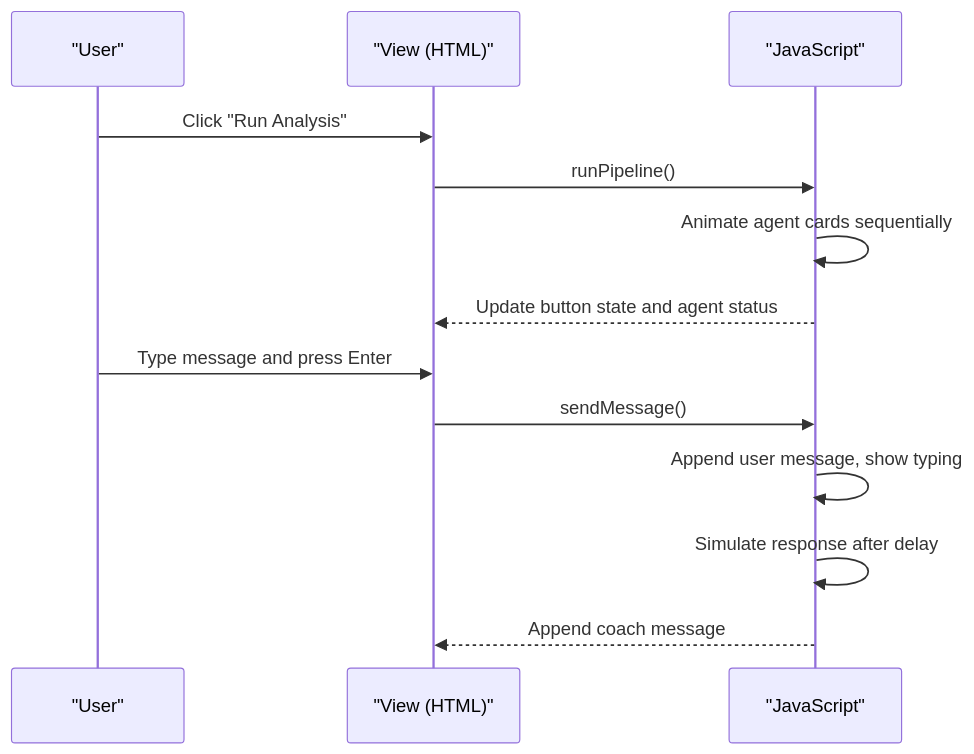
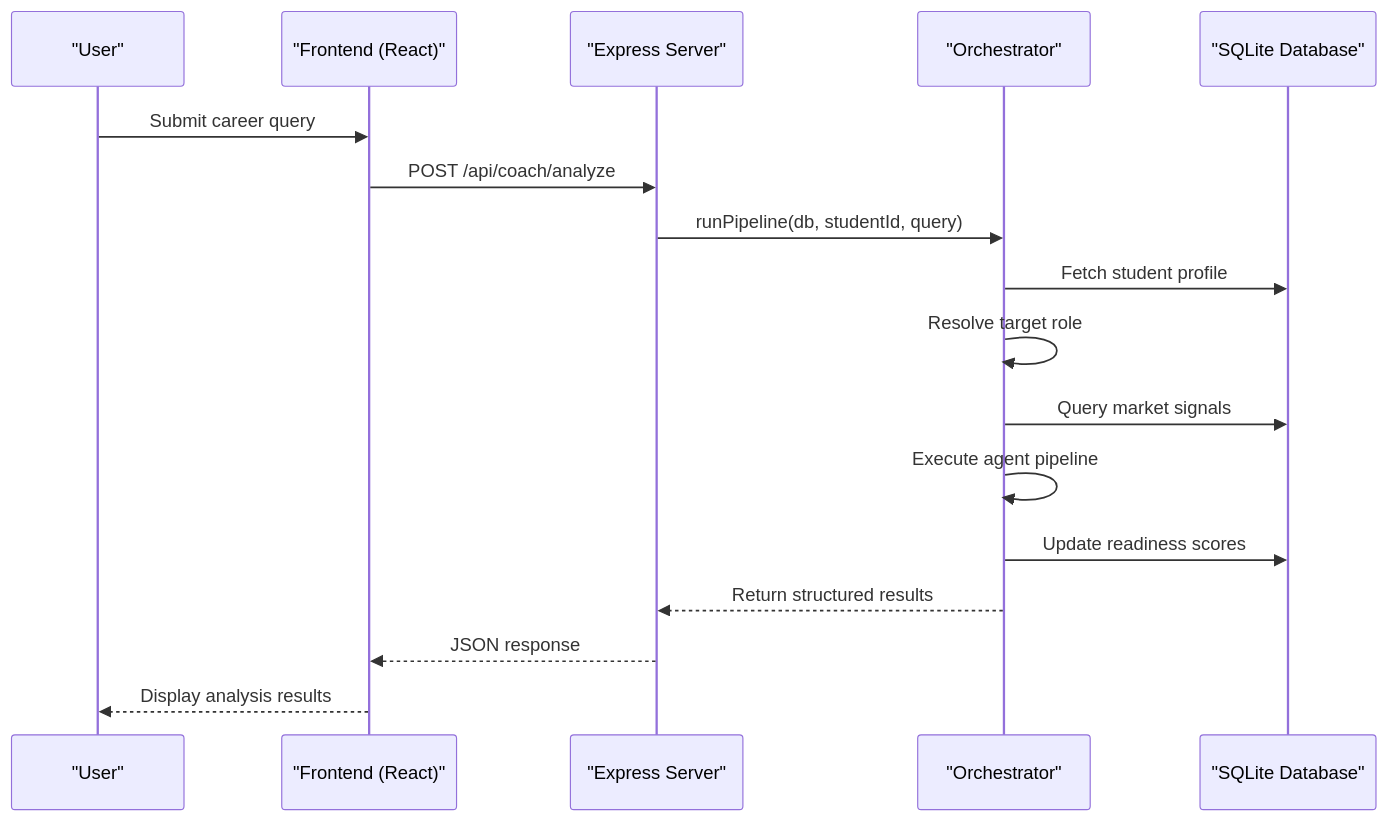
The second of 9 diagrams in .qoder/repowiki/en/content/Core Features/Core Features.md (Alishba-Moin/CareerCompass), drawn with Mermaid before and after one commit. The commit also changed other lines of this file and 38 other files, not shown here.

Commit message:
Add Roadmap pdf download option

````diff
--- a/.qoder/repowiki/en/content/Core Features/Core Features.md
+++ b/.qoder/repowiki/en/content/Core Features/Core Features.md
@@ -76,15 +93,19 @@
 ```mermaid
 sequenceDiagram
 participant U as "User"
-participant V as "View (HTML)"
-participant JS as "JavaScript"
-U->>V : Click "Run Analysis"
-V->>JS : runPipeline()
-JS->>JS : Animate agent cards sequentially
-JS-->>V : Update button state and agent status
-U->>V : Type message and press Enter
-V->>JS : sendMessage()
-JS->>JS : Append user message, show typing
-JS->>JS : Simulate response after delay
-JS-->>V : Append coach message
+participant F as "Frontend (React)"
+participant S as "Express Server"
+participant O as "Orchestrator"
+participant DB as "SQLite Database"
+U->>F : Submit career query
+F->>S : POST /api/coach/analyze
+S->>O : runPipeline(db, studentId, query)
+O->>DB : Fetch student profile
+O->>O : Resolve target role
+O->>DB : Query market signals
+O->>O : Execute agent pipeline
+O->>DB : Update readiness scores
+O-->>S : Return structured results
+S-->>F : JSON response
+F-->>U : Display analysis results
 ```
````
